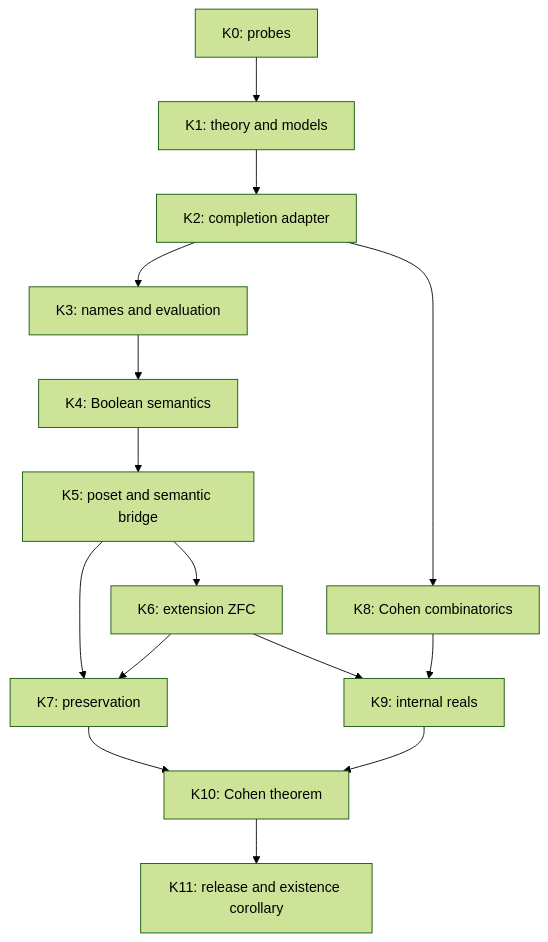
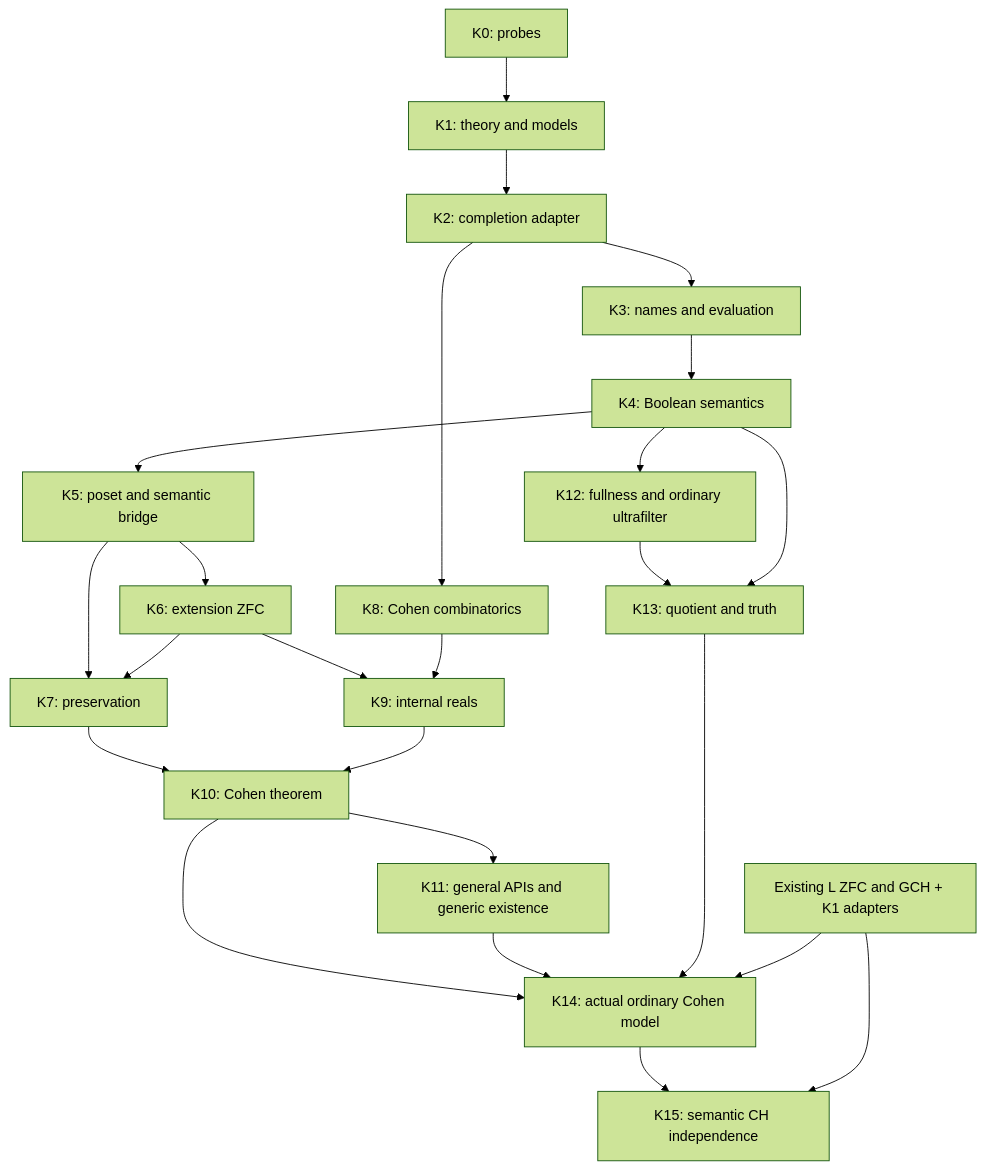
Before and after one commit to BedrockInstitute/Bedrock: the diagram in dev/literature/cohen-implementation-roadmap-2026-09.md, drawn with Mermaid (forest theme). The commit also changed other lines of this file and 5 other files, not shown here.

Commit message:
Set trophy three to an actual non-CH model and semantic independence

````diff
--- a/dev/literature/cohen-implementation-roadmap-2026-09.md
+++ b/dev/literature/cohen-implementation-roadmap-2026-09.md
@@ -42,17 +66,26 @@
 ```mermaid
 flowchart TD
   K0["K0: probes"] --> K1["K1: theory and models"]
   K1 --> K2["K2: completion adapter"]
   K2 --> K3["K3: names and evaluation"]
   K3 --> K4["K4: Boolean semantics"]
   K4 --> K5["K5: poset and semantic bridge"]
   K5 --> K6["K6: extension ZFC"]
   K5 --> K7["K7: preservation"]
   K6 --> K7
   K2 --> K8["K8: Cohen combinatorics"]
   K6 --> K9["K9: internal reals"]
   K8 --> K9
   K7 --> K10["K10: Cohen theorem"]
   K9 --> K10
-  K10 --> K11["K11: release and existence corollary"]
+  K10 --> K11["K11: general APIs and generic existence"]
+  K4 --> K12["K12: fullness and ordinary ultrafilter"]
+  K12 --> K13["K13: quotient and truth"]
+  K4 --> K13
+  K10 --> K14["K14: actual ordinary Cohen model"]
+  K11 --> K14
+  K13 --> K14
+  K14 --> K15["K15: semantic CH independence"]
+  L["Existing L ZFC and GCH + K1 adapters"] --> K14
+  L --> K15
 ```
````
